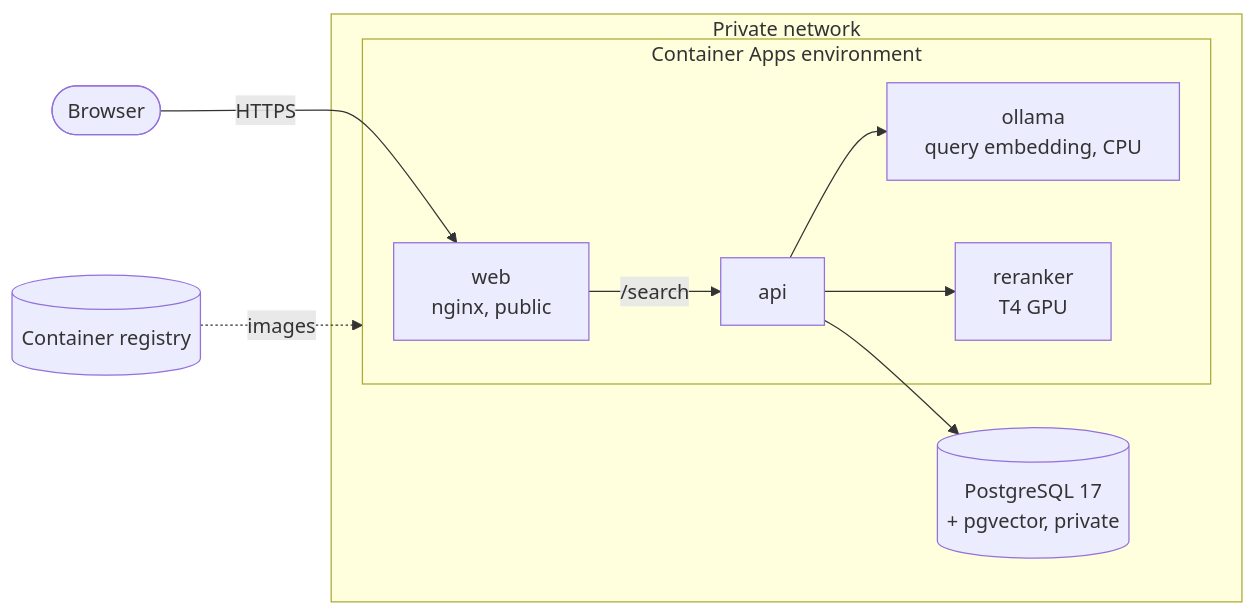
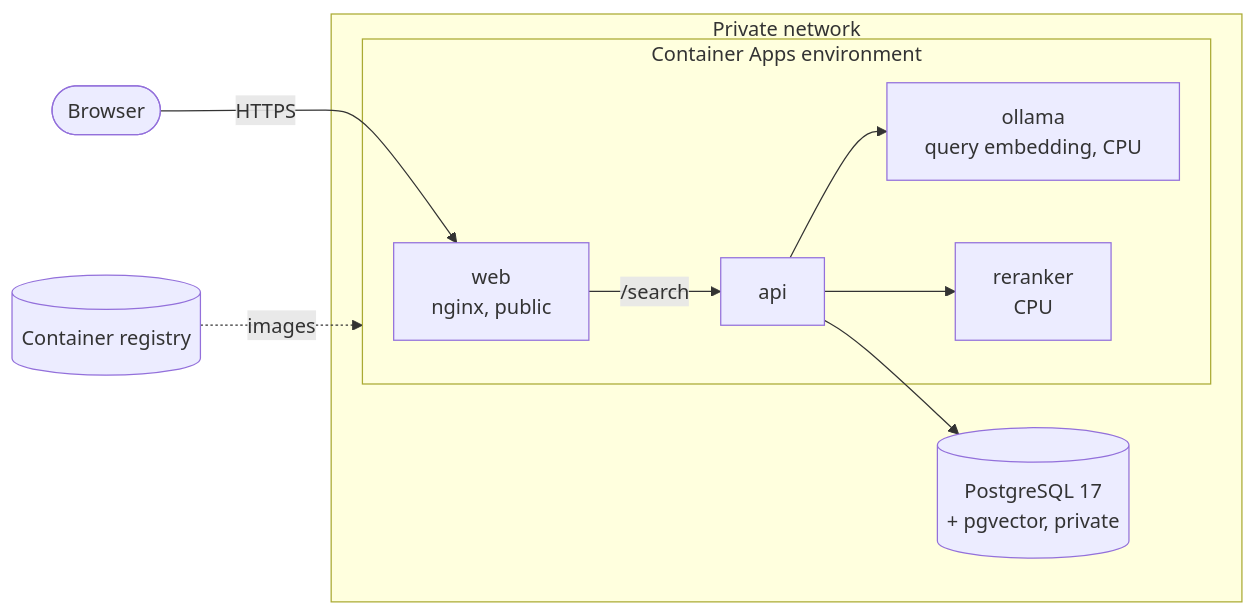
One commit to nem0z/book-finder changed the diagram in docs/azure.md. Above: the diagram before and after it, drawn with Mermaid. The commit also changed other lines of this file and 1 other file, not shown here.

First line of the commit message:
Azure: re-ranker on CPU by default

````diff
--- a/docs/azure.md
+++ b/docs/azure.md
@@ -9,13 +9,13 @@
 ```mermaid
 flowchart LR
   user([Browser]) -->|HTTPS| web
   subgraph vnet[Private network]
     subgraph env[Container Apps environment]
       web[web<br/>nginx, public] -->|/search| api
       api --> ollama[ollama<br/>query embedding, CPU]
-      api --> reranker[reranker<br/>T4 GPU]
+      api --> reranker[reranker<br/>CPU]
     end
     api --> db[(PostgreSQL 17<br/>+ pgvector, private)]
   end
   registry[(Container registry)] -.images.-> env
 ```
````
